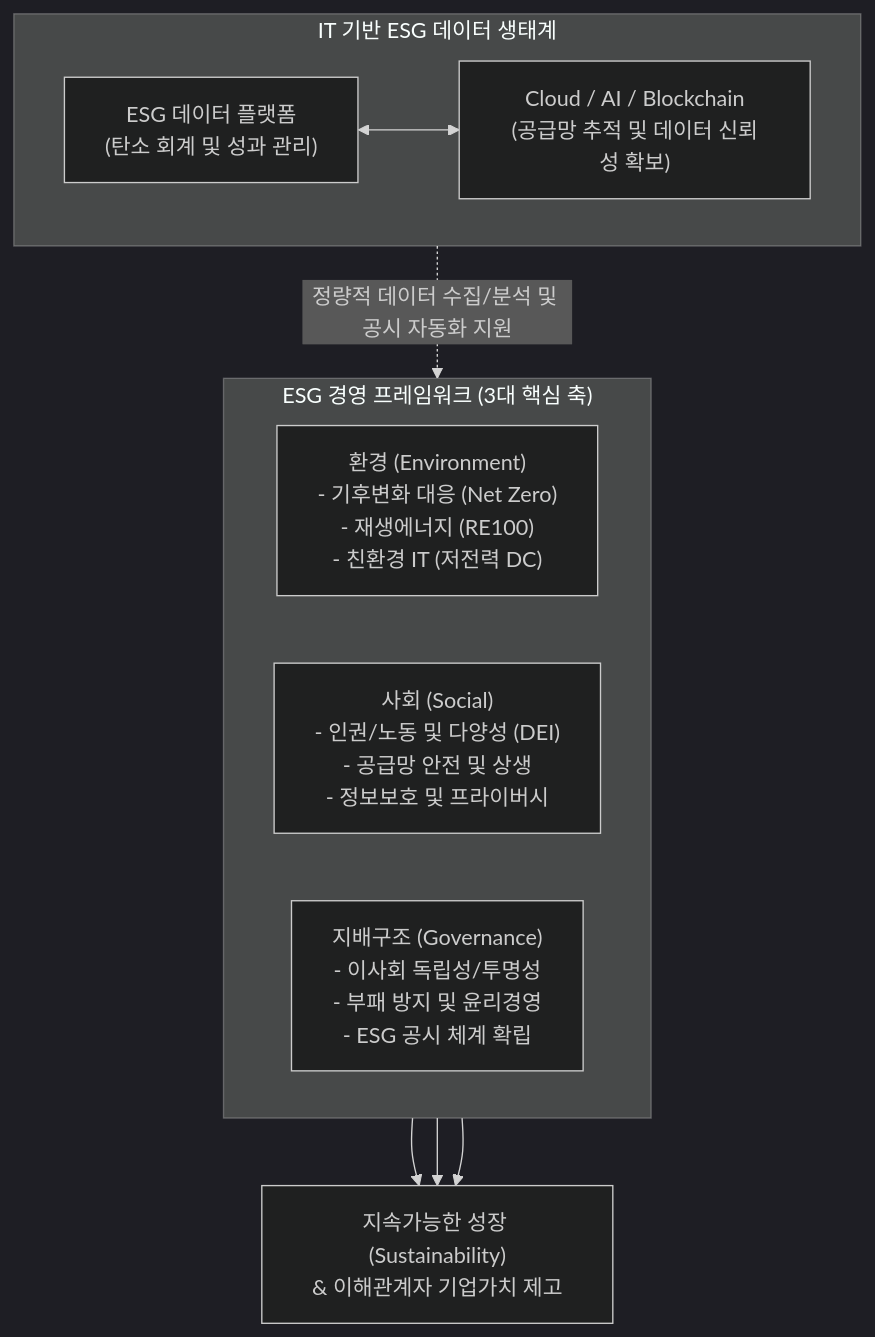
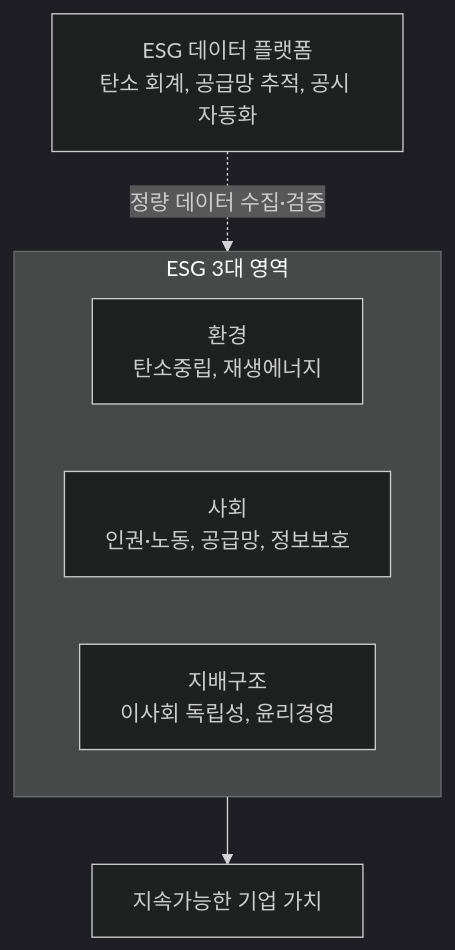
The diagram in content/01_IT Tech/ESG 경영.md (supremethumb/supremethumb.github.io), drawn with Mermaid (dark theme) before and after one commit. The commit also changed other lines of this file and 1087 other files, not shown here.

````diff
--- a/content/01_IT Tech/ESG 경영.md
+++ b/content/01_IT Tech/ESG 경영.md
@@ -27,25 +34,11 @@
 ```mermaid
-flowchart TD
-    subgraph ESG["ESG 경영 프레임워크 (3대 핵심 축)"]
+flowchart TB
+    subgraph ESG["ESG 3대 영역"]
         direction LR
-        E["환경 (Environment)<br/>- 기후변화 대응 (Net Zero)<br/>- 재생에너지 (RE100)<br/>- 친환경 IT (저전력 DC)"]
-        S["사회 (Social)<br/>- 인권/노동 및 다양성 (DEI)<br/>- 공급망 안전 및 상생<br/>- 정보보호 및 프라이버시"]
-        G["지배구조 (Governance)<br/>- 이사회 독립성/투명성<br/>- 부패 방지 및 윤리경영<br/>- ESG 공시 체계 확립"]
+        E["환경<br/>탄소중립, 재생에너지"]
+        S["사회<br/>인권·노동, 공급망, 정보보호"]
+        G["지배구조<br/>이사회 독립성, 윤리경영"]
     end
-
-    Target["지속가능한 성장 (Sustainability)<br/>& 이해관계자 기업가치 제고"]
-
-    E --> Target
-    S --> Target
-    G --> Target
-    
-    subgraph IT_Enabler["IT 기반 ESG 데이터 생태계"]
-        direction LR
-        Platform["ESG 데이터 플랫폼<br/>(탄소 회계 및 성과 관리)"]
-        Tech["Cloud / AI / Blockchain<br/>(공급망 추적 및 데이터 신뢰성 확보)"]
-        Platform <--> Tech
-    end
-
-    IT_Enabler -. "정량적 데이터 수집/분석 및 공시 자동화 지원" .-> ESG
-
+    IT["ESG 데이터 플랫폼<br/>탄소 회계, 공급망 추적, 공시 자동화"] -.->|"정량 데이터 수집·검증"| ESG
+    ESG --> V["지속가능한 기업 가치"]
 ```
````
